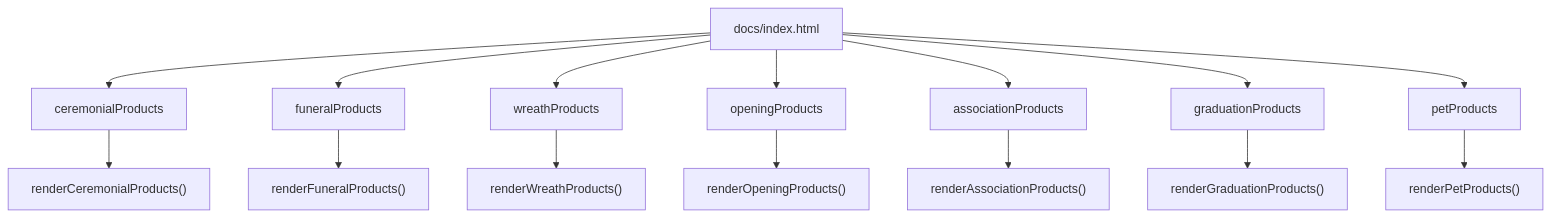
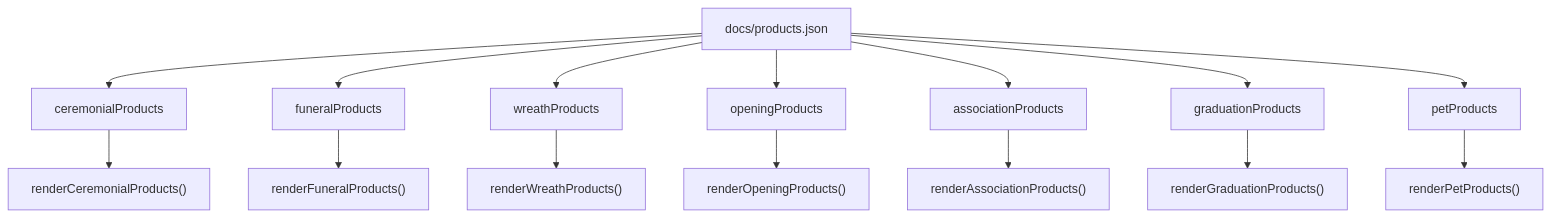
Before and after one commit to queenflowerhk/queenflowerhk.github.io: the first of 4 diagrams in .qoder/repowiki/en/content/Product Management System/Product Data Structure.md, drawn with Mermaid. The commit also changed other lines of this file and 22 other files, not shown here.

````diff
--- a/.qoder/repowiki/en/content/Product Management System/Product Data Structure.md
+++ b/.qoder/repowiki/en/content/Product Management System/Product Data Structure.md
@@ -25,17 +35,17 @@
 ```mermaid
 graph TB
-A["docs/index.html"] --> B["ceremonialProducts"]
+A["docs/products.json"] --> B["ceremonialProducts"]
 A --> C["funeralProducts"]
 A --> D["wreathProducts"]
 A --> E["openingProducts"]
 A --> F["associationProducts"]
 A --> G["graduationProducts"]
 A --> H["petProducts"]
 B --> I["renderCeremonialProducts()"]
 C --> J["renderFuneralProducts()"]
 D --> K["renderWreathProducts()"]
 E --> L["renderOpeningProducts()"]
 F --> M["renderAssociationProducts()"]
 G --> N["renderGraduationProducts()"]
 H --> O["renderPetProducts()"]
 ```
````
